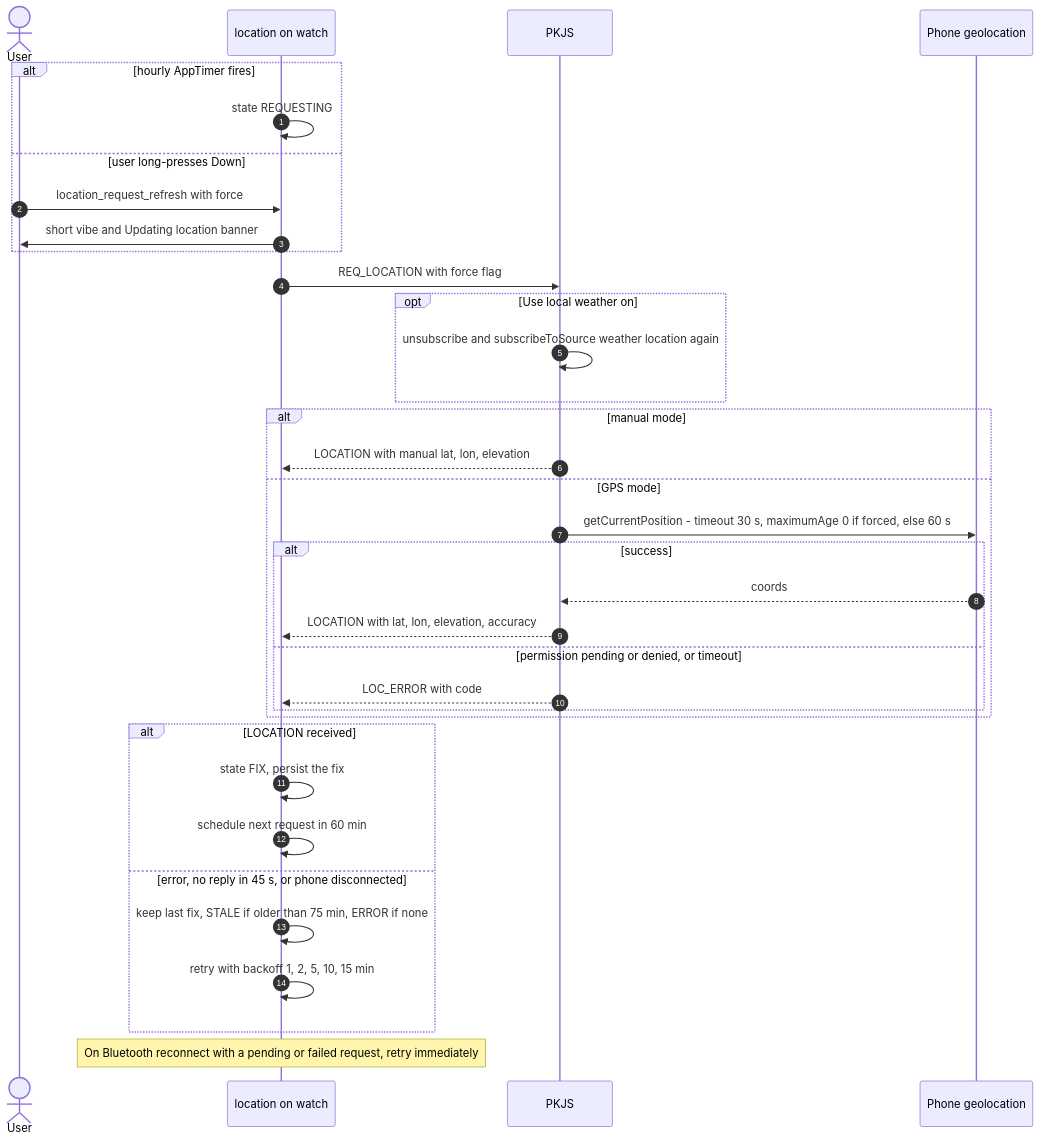
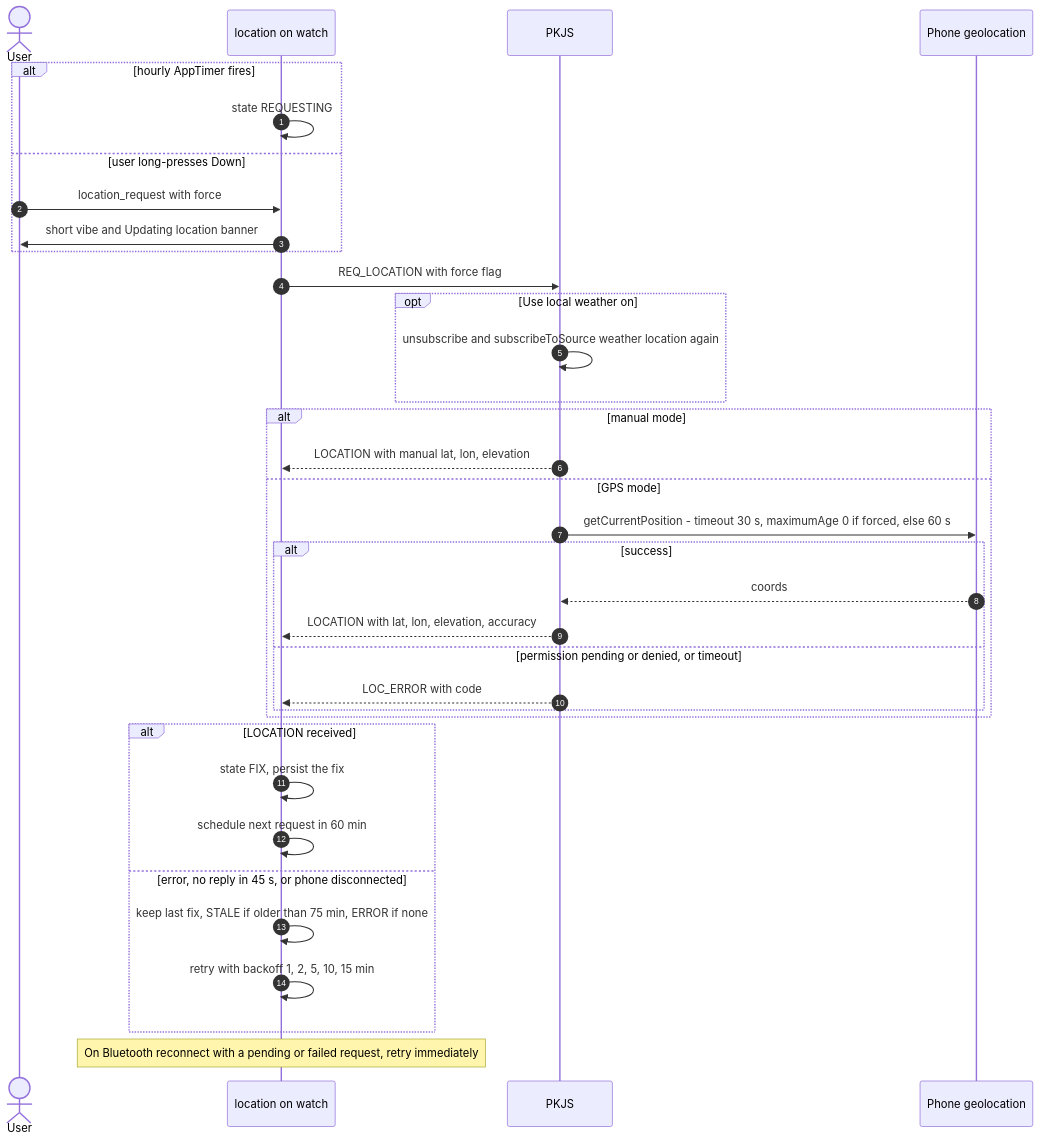
The fifth of 10 diagrams in docs/DESIGN.md (ewsandor/AstroSlop), drawn with Mermaid before and after one commit. The commit also changed other lines of this file and 69 other files, not shown here.

````diff
--- a/docs/DESIGN.md
+++ b/docs/DESIGN.md
@@ -579,38 +555,38 @@
 ```mermaid
 sequenceDiagram
     autonumber
     actor U as User
     participant L as location on watch
     participant JS as PKJS
     participant G as Phone geolocation
 
     alt hourly AppTimer fires
         L->>L: state REQUESTING
     else user long-presses Down
-        U->>L: location_request_refresh with force
+        U->>L: location_request with force
         L->>U: short vibe and Updating location banner
     end
     L->>JS: REQ_LOCATION with force flag
     opt Use local weather on
         JS->>JS: unsubscribe and subscribeToSource weather location again
     end
     alt manual mode
         JS-->>L: LOCATION with manual lat, lon, elevation
     else GPS mode
         JS->>G: getCurrentPosition - timeout 30 s, maximumAge 0 if forced, else 60 s
         alt success
             G-->>JS: coords
             JS-->>L: LOCATION with lat, lon, elevation, accuracy
         else permission pending or denied, or timeout
             JS-->>L: LOC_ERROR with code
         end
     end
     alt LOCATION received
         L->>L: state FIX, persist the fix
         L->>L: schedule next request in 60 min
     else error, no reply in 45 s, or phone disconnected
         L->>L: keep last fix, STALE if older than 75 min, ERROR if none
         L->>L: retry with backoff 1, 2, 5, 10, 15 min
     end
     Note over L: On Bluetooth reconnect with a pending or failed request, retry immediately
 ```
````
